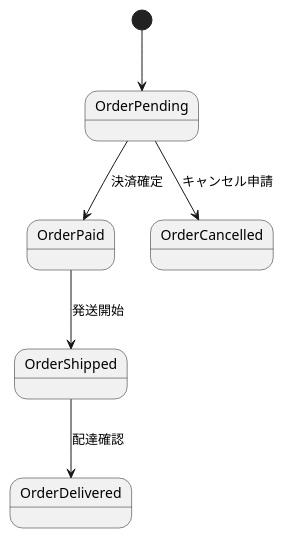
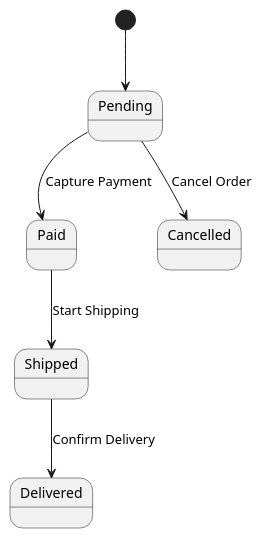
Before and after one commit to manji-0/rdra-ish-dsl: the diagram in samples/ec-site/out/state.puml, drawn with PlantUML. The commit also changed 97 other files, not shown here.

```diff
--- a/samples/ec-site/out/state.puml
+++ b/samples/ec-site/out/state.puml
@@ -1,7 +1,7 @@
 @startuml
-[*] --> OrderPending
-OrderPaid --> OrderShipped : 発送開始
-OrderPending --> OrderCancelled : キャンセル申請
-OrderPending --> OrderPaid : 決済確定
-OrderShipped --> OrderDelivered : 配達確認
+[*] --> Pending
+Paid --> Shipped : Start Shipping
+Pending --> Cancelled : Cancel Order
+Pending --> Paid : Capture Payment
+Shipped --> Delivered : Confirm Delivery
 @enduml
```
